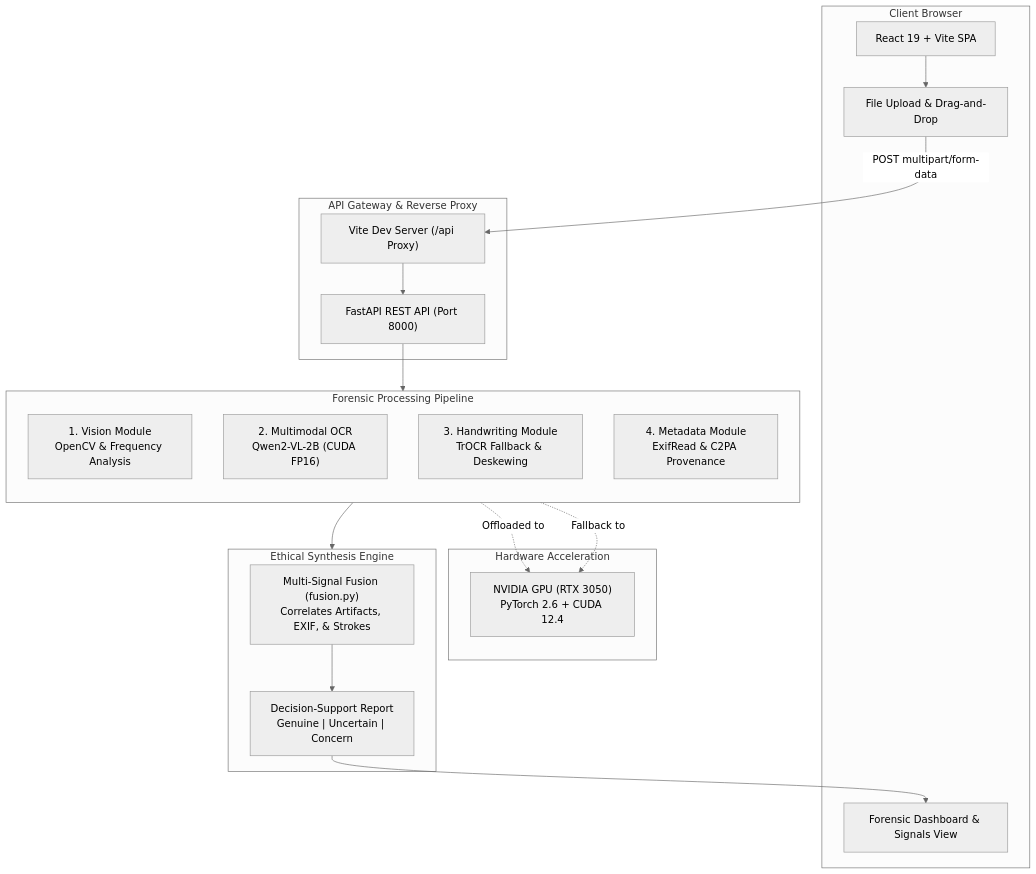
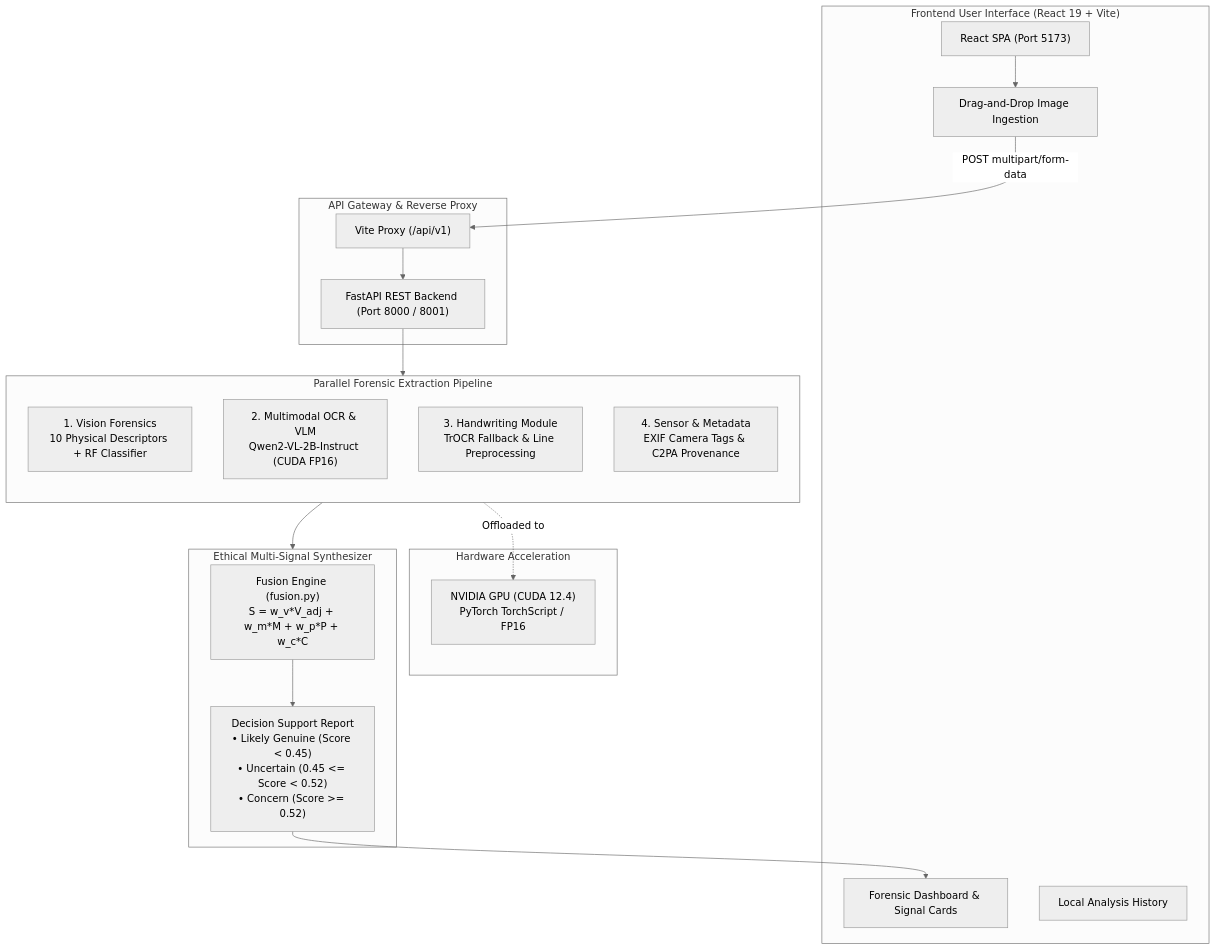
Before and after one commit to artlinger2331/Deepfake_ASPD: the diagram in Deepfake/README.md, drawn with Mermaid (neutral theme). The commit also changed other lines of this file, not shown here.

````diff
--- a/Deepfake/README.md
+++ b/Deepfake/README.md
@@ -24,40 +88,40 @@
 ```mermaid
 graph TB
-    subgraph Client ["Client Browser"]
-        UI["React 19 + Vite SPA"]
-        Upload["File Upload & Drag-and-Drop"]
-        Dashboard["Forensic Dashboard & Signals View"]
+    subgraph Client ["Frontend User Interface (React 19 + Vite)"]
+        UI["React SPA (Port 5173)"]
+        Upload["Drag-and-Drop Image Ingestion"]
+        Dashboard["Forensic Dashboard & Signal Cards"]
+        History["Local Analysis History"]
     end
 
     subgraph Gateway ["API Gateway & Reverse Proxy"]
-        Proxy["Vite Dev Server (/api Proxy)"]
-        FastAPI["FastAPI REST API (Port 8000)"]
+        Proxy["Vite Proxy (/api/v1)"]
+        FastAPI["FastAPI REST Backend (Port 8000 / 8001)"]
     end
 
-    subgraph Pipeline ["Forensic Processing Pipeline"]
+    subgraph Pipeline ["Parallel Forensic Extraction Pipeline"]
         direction TB
-        Vision["1. Vision Module<br/>OpenCV & Frequency Analysis"]
-        OCR["2. Multimodal OCR<br/>Qwen2-VL-2B (CUDA FP16)"]
-        HW["3. Handwriting Module<br/>TrOCR Fallback & Deskewing"]
-        Meta["4. Metadata Module<br/>ExifRead & C2PA Provenance"]
+        Vision["1. Vision Forensics<br/>10 Physical Descriptors + RF Classifier"]
+        OCR["2. Multimodal OCR & VLM<br/>Qwen2-VL-2B-Instruct (CUDA FP16)"]
+        HW["3. Handwriting Module<br/>TrOCR Fallback & Line Preprocessing"]
+        Meta["4. Sensor & Metadata<br/>EXIF Camera Tags & C2PA Provenance"]
     end
 
     subgraph GPU ["Hardware Acceleration"]
-        CUDA["NVIDIA GPU (RTX 3050)<br/>PyTorch 2.6 + CUDA 12.4"]
+        CUDA["NVIDIA GPU (CUDA 12.4)<br/>PyTorch TorchScript / FP16"]
     end
 
-    subgraph Fusion ["Ethical Synthesis Engine"]
-        Engine["Multi-Signal Fusion (fusion.py)<br/>Correlates Artifacts, EXIF, & Strokes"]
-        Report["Decision-Support Report<br/>Genuine | Uncertain | Concern"]
+    subgraph Fusion ["Ethical Multi-Signal Synthesizer"]
+        Formula["Fusion Engine (fusion.py)<br/>S = w_v*V_adj + w_m*M + w_p*P + w_c*C"]
+        Verdict["Decision Support Report<br/>• Likely Genuine (Score < 0.45)<br/>• Uncertain (0.45 <= Score < 0.52)<br/>• Concern (Score >= 0.52)"]
     end
 
     UI --> Upload
     Upload -->|POST multipart/form-data| Proxy
     Proxy --> FastAPI
     FastAPI --> Pipeline
     OCR -.->|Offloaded to| CUDA
-    HW -.->|Fallback to| CUDA
     Pipeline --> Fusion
-    Engine --> Report
-    Report --> Dashboard
+    Formula --> Verdict
+    Verdict --> Dashboard
 ```
````
